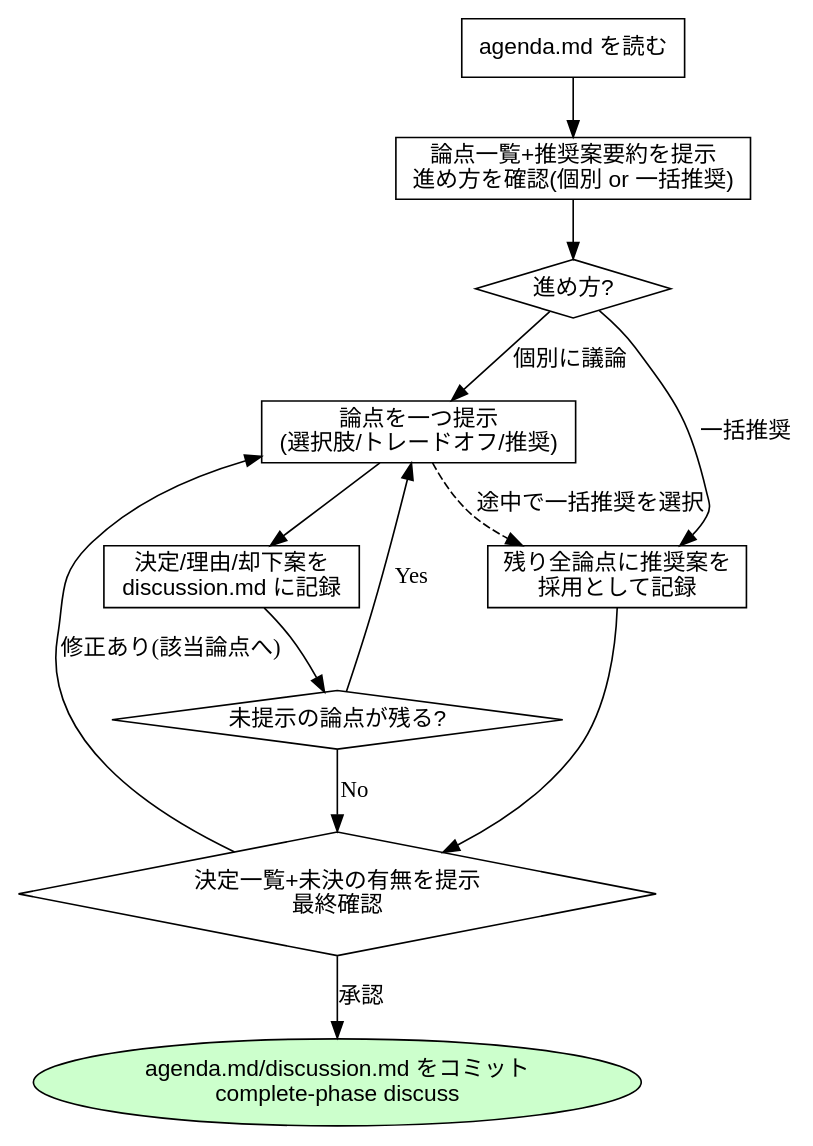
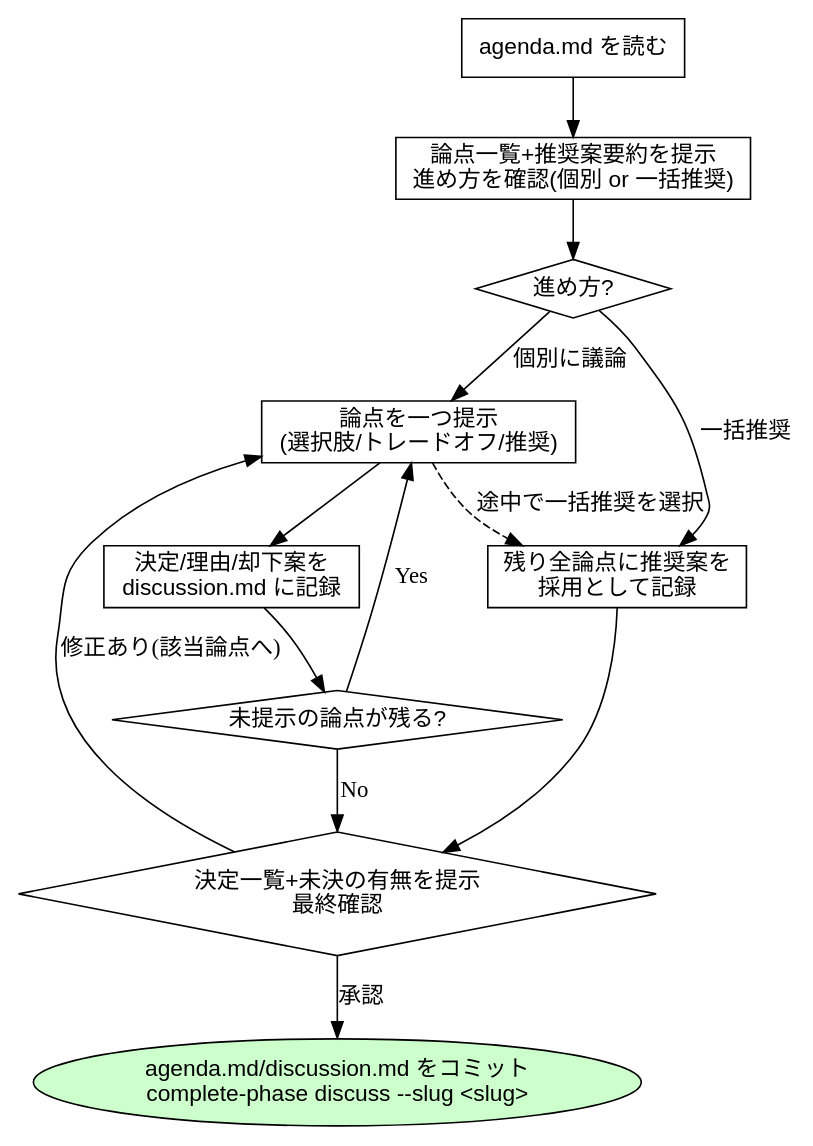
Before and after one commit to Amatsuka-kobo/amatsuka-claude-plugins: the second of 15 diagrams in plugins/codiel/docs/skill-flowcharts.md, drawn with Graphviz. The commit also changed other lines of this file and 15 other files, not shown here.

````diff
--- a/plugins/codiel/docs/skill-flowcharts.md
+++ b/plugins/codiel/docs/skill-flowcharts.md
@@ -73,27 +36,27 @@
 ```dot
 digraph facilitating_design_discussions {
   rankdir=TB;
   node [fontname="sans-serif"];
 
   read [label="agenda.md を読む", shape=box];
   overview [label="論点一覧+推奨案要約を提示\n進め方を確認(個別 or 一括推奨)", shape=box];
   mode [label="進め方?", shape=diamond];
   present [label="論点を一つ提示\n(選択肢/トレードオフ/推奨)", shape=box];
   record [label="決定/理由/却下案を\ndiscussion.md に記録", shape=box];
   more [label="未提示の論点が残る?", shape=diamond];
   bulk [label="残り全論点に推奨案を\n採用として記録", shape=box];
   confirm [label="決定一覧+未決の有無を提示\n最終確認", shape=diamond];
-  commit [label="agenda.md/discussion.md をコミット\ncomplete-phase discuss", shape=ellipse, style=filled, fillcolor="#ccffcc"];
+  commit [label="agenda.md/discussion.md をコミット\ncomplete-phase discuss --slug <slug>", shape=ellipse, style=filled, fillcolor="#ccffcc"];
 
   read -> overview -> mode;
   mode -> present [label="個別に議論"];
   mode -> bulk [label="一括推奨"];
   present -> record -> more;
   more -> present [label="Yes"];
   more -> confirm [label="No"];
   present -> bulk [label="途中で一括推奨を選択", style=dashed];
   bulk -> confirm;
   confirm -> present [label="修正あり(該当論点へ)"];
   confirm -> commit [label="承認"];
 }
 ```
````
